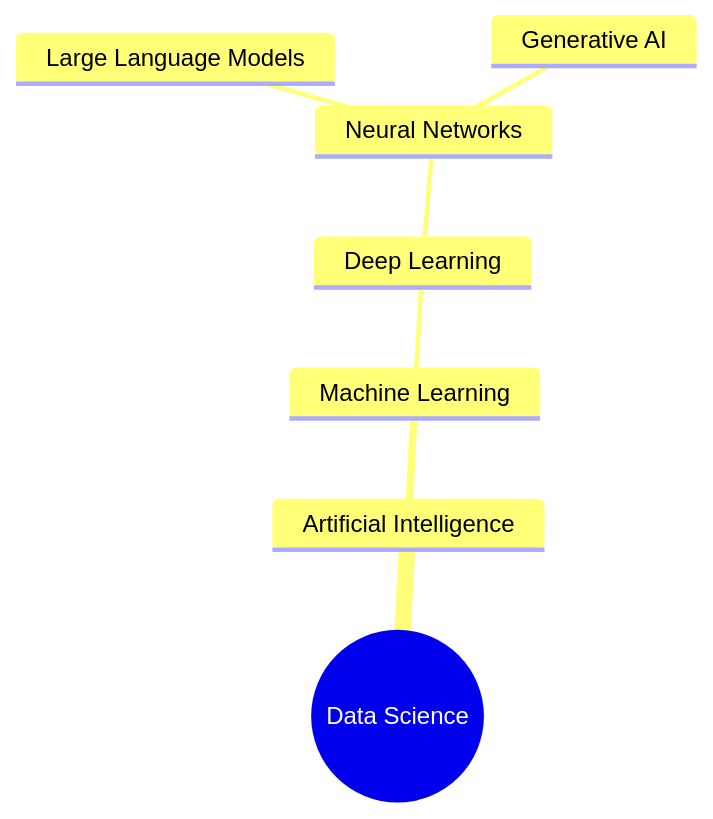
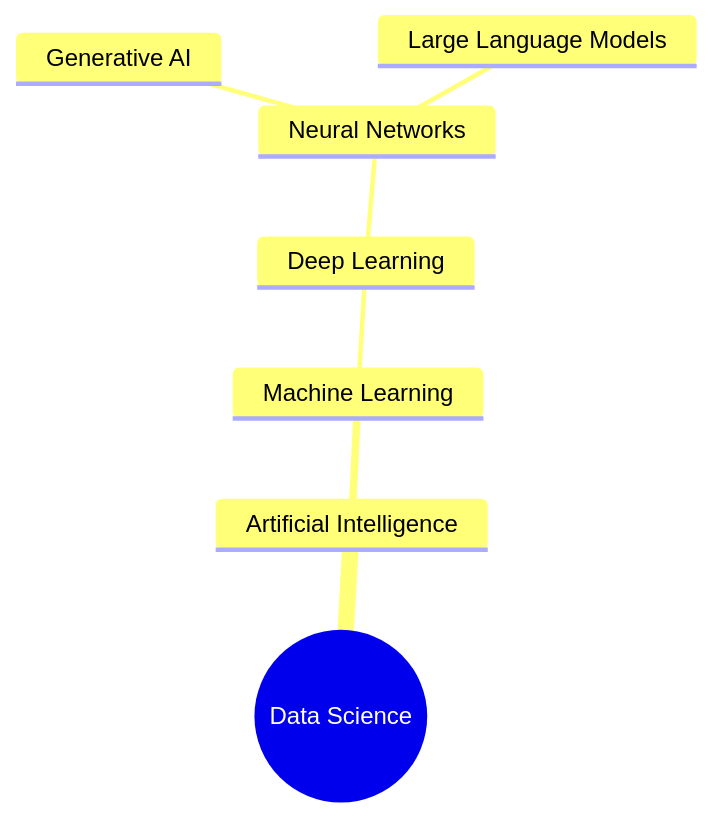
Before and after one commit to rebeccapeltz/using-ai: the diagram in introduction/what-is-ai.md, drawn with Mermaid.

Commit message:
GITBOOK-25: No subject

````diff
--- a/introduction/what-is-ai.md
+++ b/introduction/what-is-ai.md
@@ -35,11 +35,11 @@
 ```mermaid
 mindmap
   root((Data Science))
     Artificial Intelligence
       Machine Learning
         Deep Learning
           Neural Networks
-            Large Language Models
             Generative AI
+            Large Language Models  
 
 ```
````
